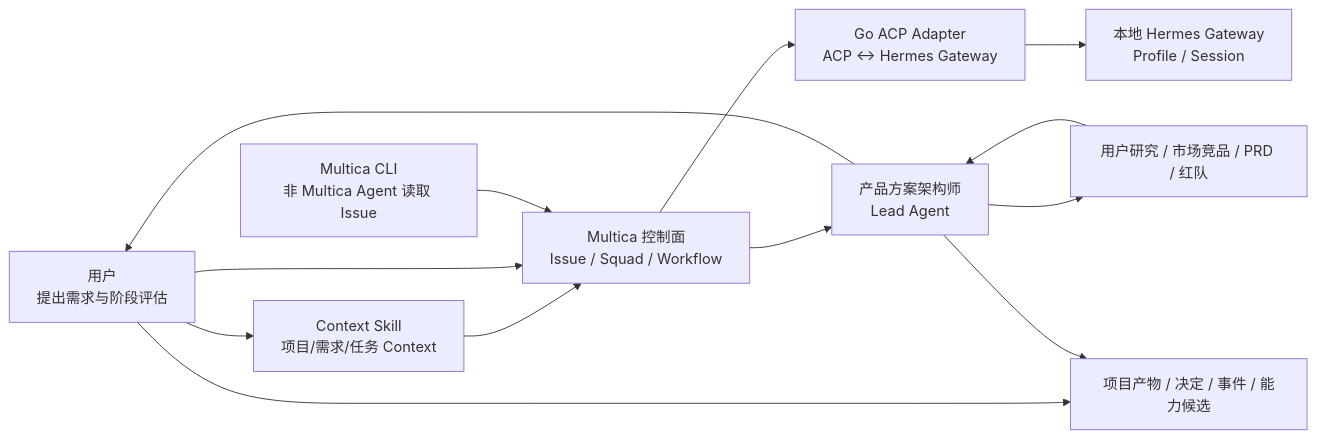
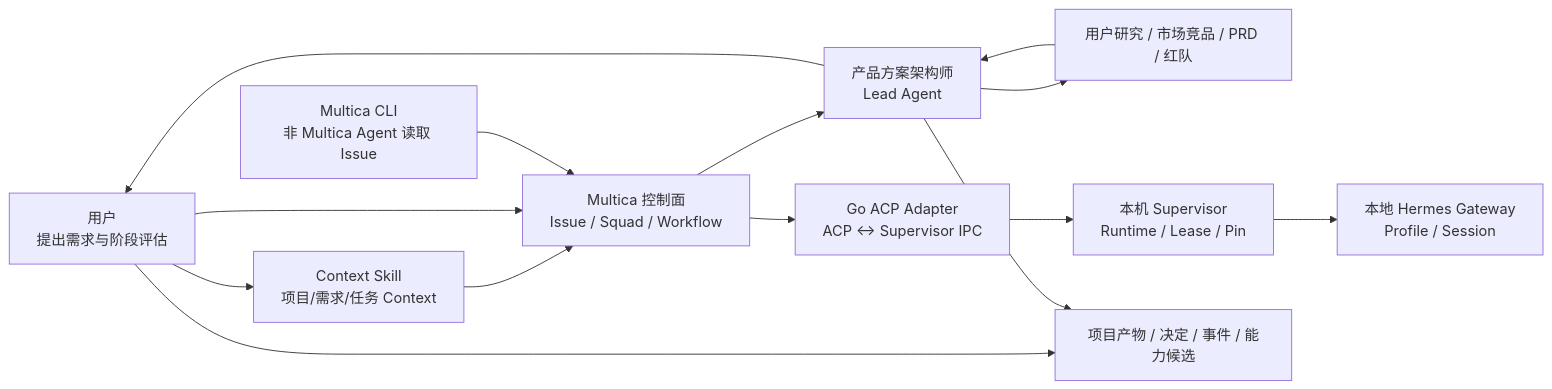
Before and after one commit to WYLINX601/agent-context-workflow: the diagram in docs/multica-control-plane.md, drawn with Mermaid. The commit also changed other lines of this file and 39 other files, not shown here.

Commit message:
feat: update multica ACP adapter to v0.3

```diff
--- a/docs/multica-control-plane.md
+++ b/docs/multica-control-plane.md
@@ -20,25 +20,27 @@
 ~~~mermaid
 flowchart LR
     User["用户<br/>提出需求与阶段评估"]
     Context["Context Skill<br/>项目/需求/任务 Context"]
     Multica["Multica 控制面<br/>Issue / Squad / Workflow"]
     Lead["产品方案架构师<br/>Lead Agent"]
     Experts["用户研究 / 市场竞品 / PRD / 红队"]
     CLI["Multica CLI<br/>非 Multica Agent 读取 Issue"]
-    Adapter["Go ACP Adapter<br/>ACP ↔ Hermes Gateway"]
+    Adapter["Go ACP Adapter<br/>ACP ↔ Supervisor IPC"]
+    Supervisor["本机 Supervisor<br/>Runtime / Lease / Pin"]
     Hermes["本地 Hermes Gateway<br/>Profile / Session"]
     Writeback["项目产物 / 决定 / 事件 / 能力候选"]
 
     User --> Context
     Context --> Multica
     User --> Multica
     Multica --> Lead
     Lead --> Experts
     Experts --> Lead
     CLI --> Multica
     Multica --> Adapter
-    Adapter --> Hermes
+    Adapter --> Supervisor
+    Supervisor --> Hermes
     Lead --> User
     User --> Writeback
     Lead --> Writeback
 ~~~
```
